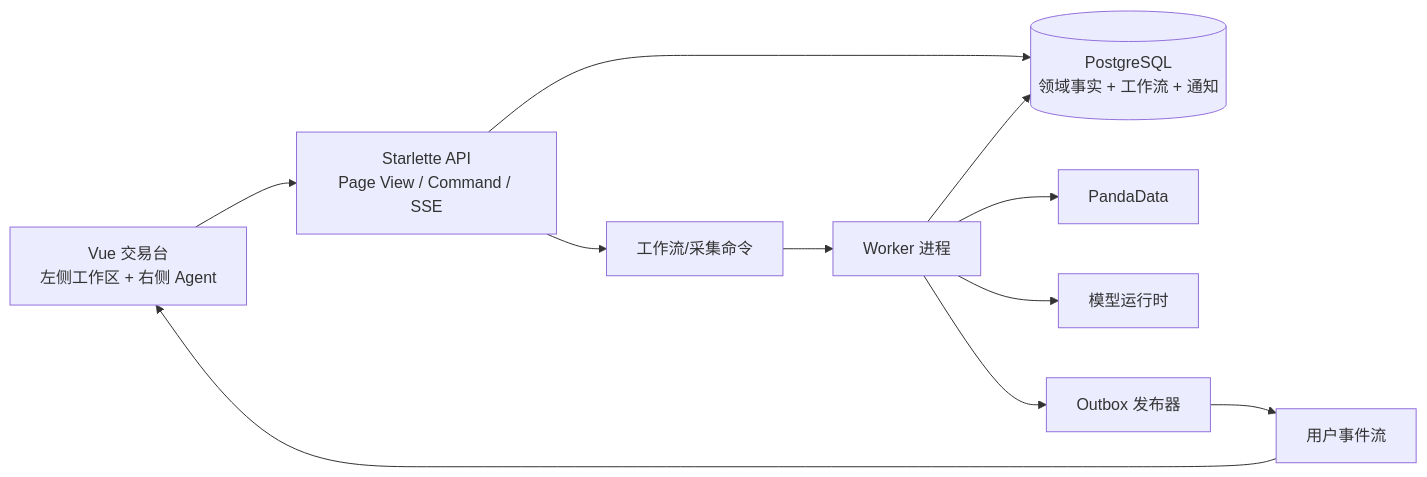
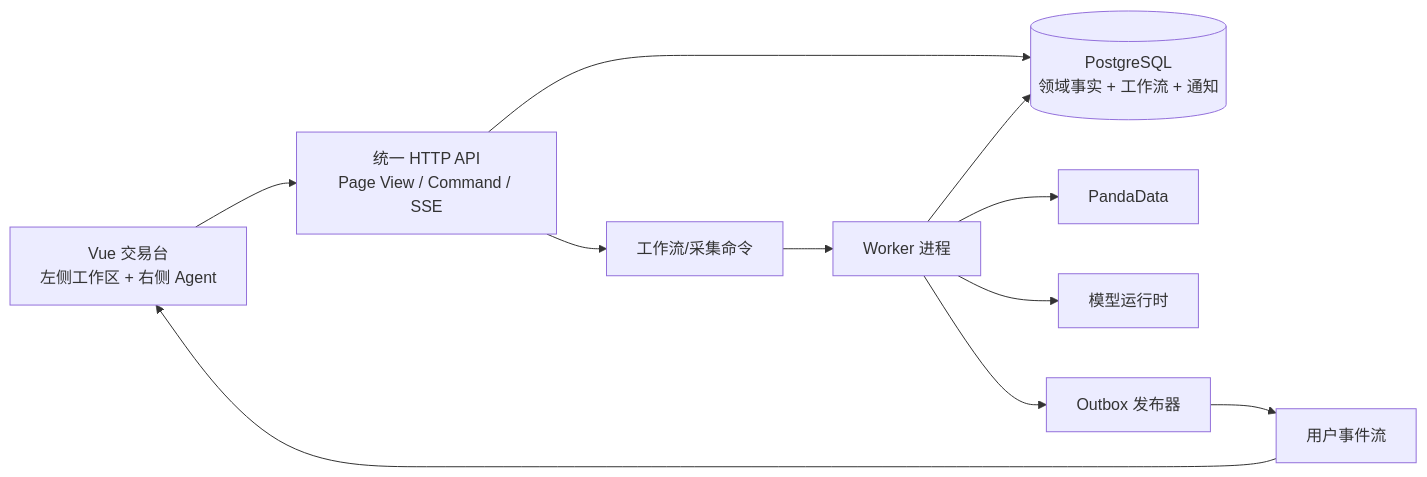
One commit to Xustalis/Finance-God changed the diagram in docs/architecture/2026-07-24_Agent主控交易台规划.md. Above: the diagram before and after it, drawn with Mermaid. The commit also changed other lines of this file and 164 other files, not shown here.

````diff
--- a/docs/architecture/2026-07-24_Agent主控交易台规划.md
+++ b/docs/architecture/2026-07-24_Agent主控交易台规划.md
@@ -100,13 +138,13 @@
 ```mermaid
 flowchart LR
-    UI["Vue 交易台\n左侧工作区 + 右侧 Agent"] --> API["Starlette API\nPage View / Command / SSE"]
+    UI["Vue 交易台\n左侧工作区 + 右侧 Agent"] --> API["统一 HTTP API\nPage View / Command / SSE"]
     API --> DB[("PostgreSQL\n领域事实 + 工作流 + 通知")]
     API --> WQ["工作流/采集命令"]
     WK["Worker 进程"] --> DB
     WK --> PD["PandaData"]
     WK --> AI["模型运行时"]
     WK --> OB["Outbox 发布器"]
     OB --> SSE["用户事件流"]
     SSE --> UI
     WQ --> WK
 ```
````
